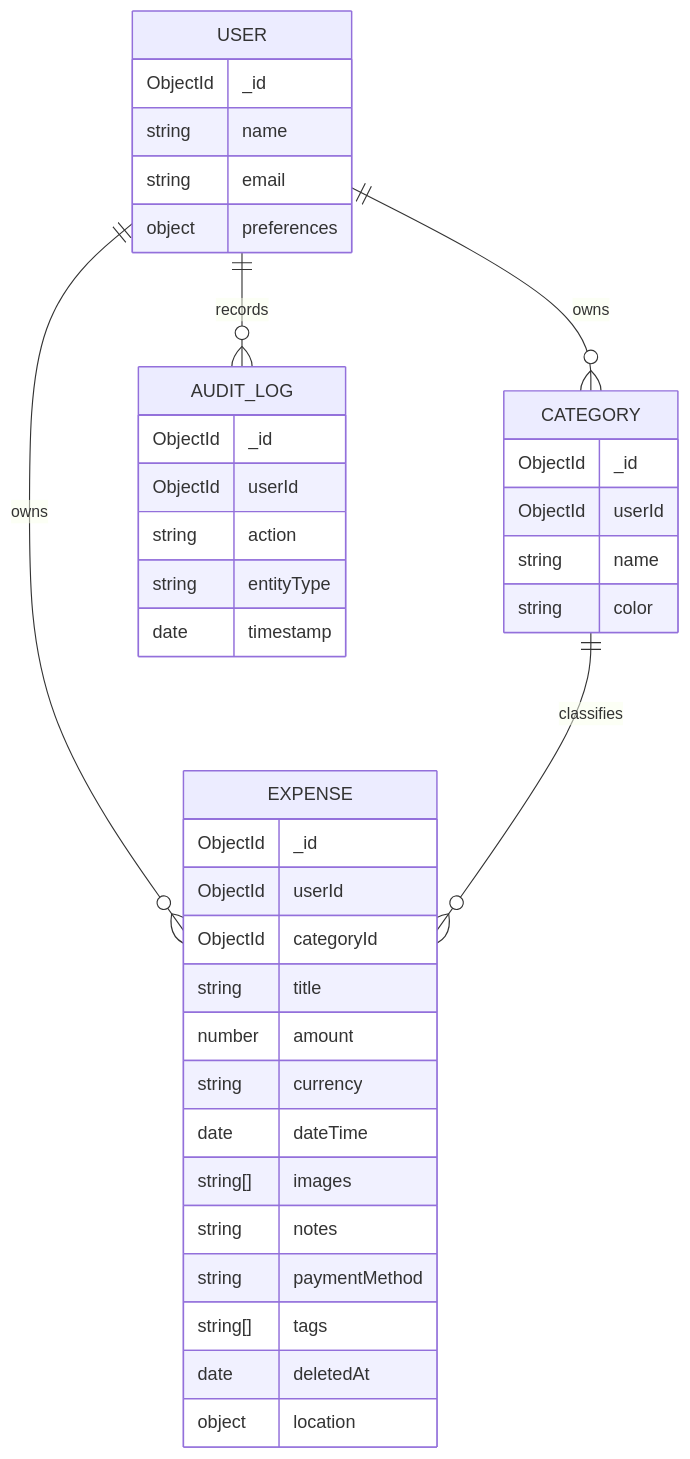
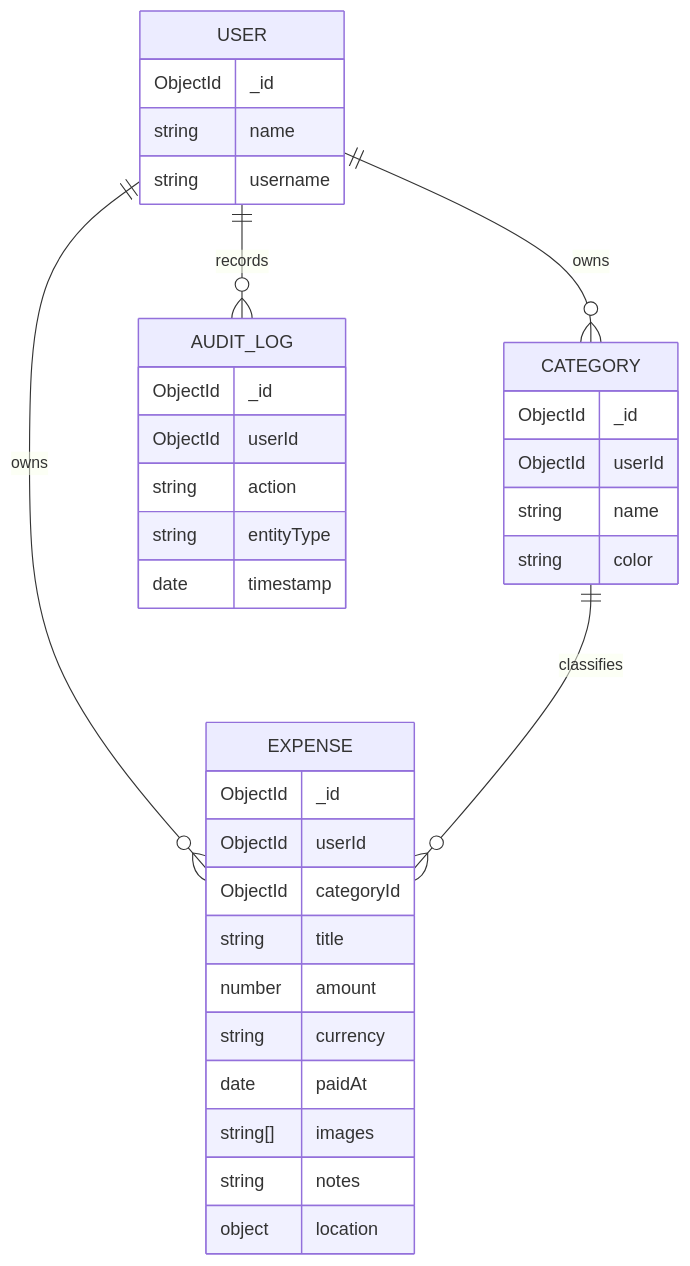
Before and after one commit to bharatbhusal/track-my-biryani: the diagram in docs/DATABASE_SCHEMA.md, drawn with Mermaid. The commit also changed other lines of this file and 47 other files, not shown here.

First line of the commit message:
refactor: rename dateTime to paidAt across the application

````diff
--- a/docs/DATABASE_SCHEMA.md
+++ b/docs/DATABASE_SCHEMA.md
@@ -35,45 +35,41 @@
 ```mermaid
 erDiagram
   USER ||--o{ CATEGORY : owns
   USER ||--o{ EXPENSE : owns
   USER ||--o{ AUDIT_LOG : records
   CATEGORY ||--o{ EXPENSE : classifies
 
   USER {
     ObjectId _id
     string name
-    string email
-    object preferences
+    string username
   }
 
   CATEGORY {
     ObjectId _id
     ObjectId userId
     string name
     string color
   }
 
   EXPENSE {
     ObjectId _id
     ObjectId userId
     ObjectId categoryId
     string title
     number amount
     string currency
-    date dateTime
+    date paidAt
     string[] images
     string notes
-    string paymentMethod
-    string[] tags
-    date deletedAt
     object location
   }
 
   AUDIT_LOG {
     ObjectId _id
     ObjectId userId
     string action
     string entityType
     date timestamp
   }
 ```
````
